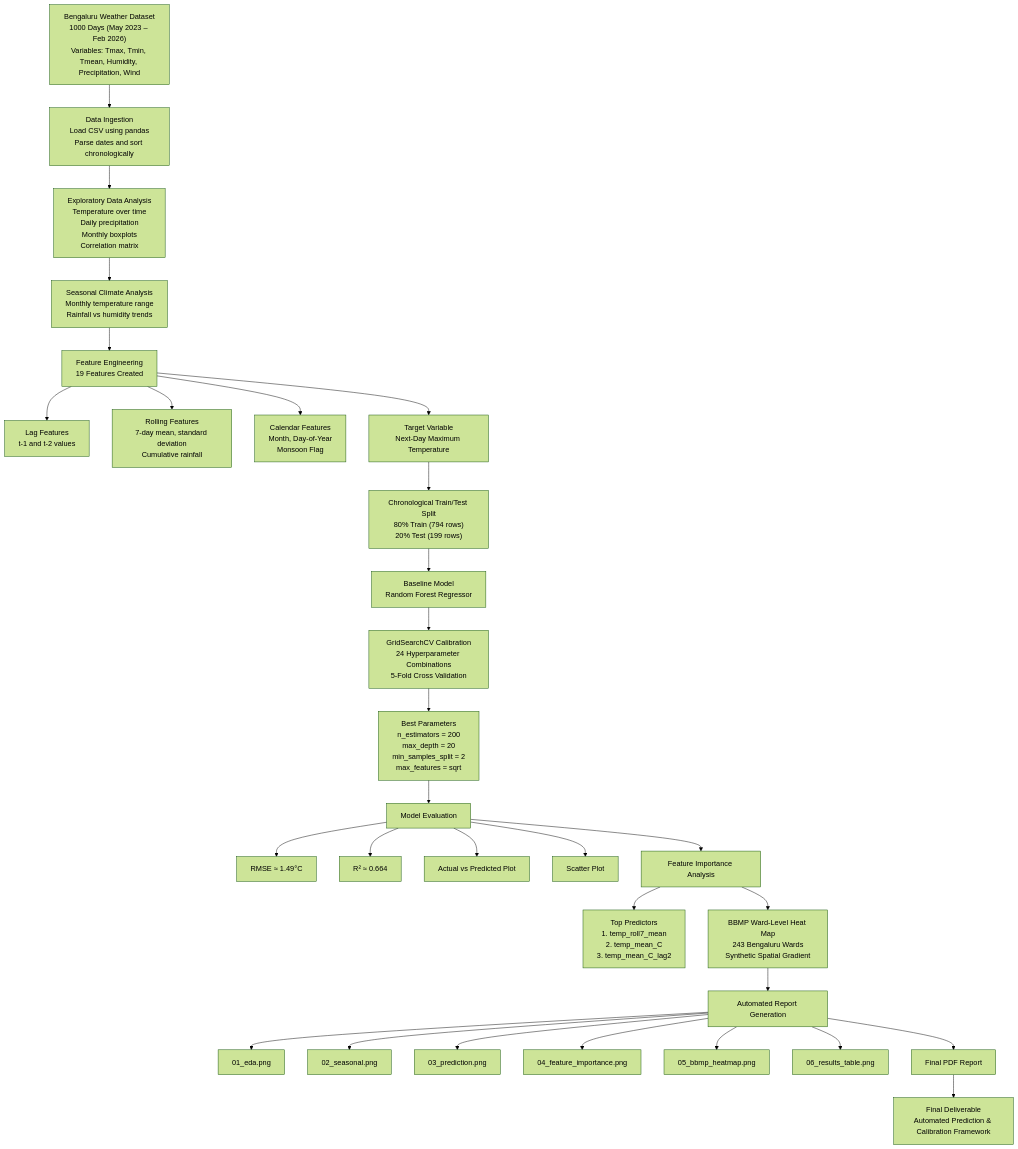
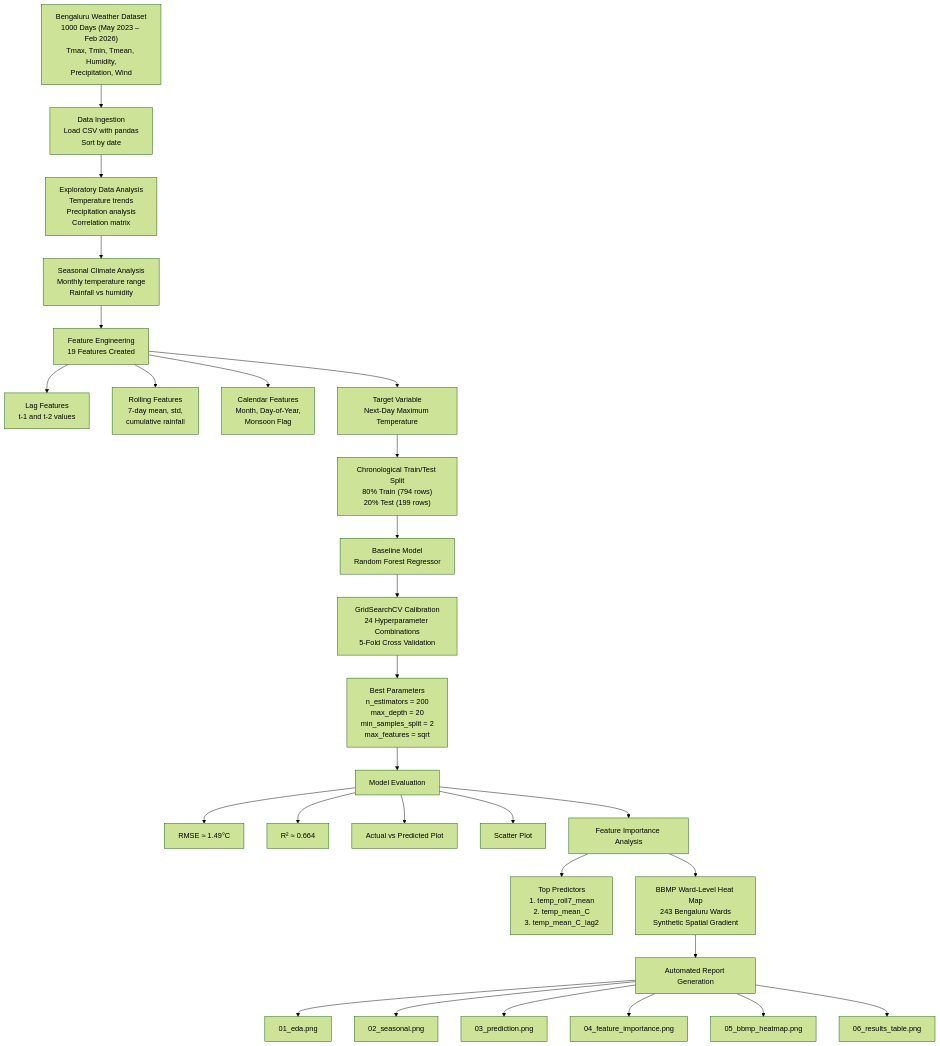
The diagram in README.md (OmkarSarode2005/Prediction-calibration-framework-using-Python-and-environmental-dataset), drawn with Mermaid (forest theme) before and after one commit. The commit also changed other lines of this file, not shown here.

Commit message:
Refactor workflow diagram in README
Updated workflow diagram with improved formatting and clarity.

````diff
--- a/README.md
+++ b/README.md
@@ -7,58 +6,42 @@
 ```mermaid
 flowchart TD
 
-A["Bengaluru Weather Dataset
-1000 Days (May 2023 – Feb 2026)
-Variables: Tmax, Tmin, Tmean, Humidity, Precipitation, Wind"]
+%% =========================
+%% DATA COLLECTION & EDA
+%% =========================
+A["Bengaluru Weather Dataset<br/>1000 Days (May 2023 – Feb 2026)<br/>Tmax, Tmin, Tmean, Humidity,<br/>Precipitation, Wind"]
 
-A --> B["Data Ingestion
-Load CSV using pandas
-Parse dates and sort chronologically"]
+A --> B["Data Ingestion<br/>Load CSV with pandas<br/>Sort by date"]
 
-B --> C["Exploratory Data Analysis
-Temperature over time
-Daily precipitation
-Monthly boxplots
-Correlation matrix"]
+B --> C["Exploratory Data Analysis<br/>Temperature trends<br/>Precipitation analysis<br/>Correlation matrix"]
 
-C --> D["Seasonal Climate Analysis
-Monthly temperature range
-Rainfall vs humidity trends"]
+C --> D["Seasonal Climate Analysis<br/>Monthly temperature range<br/>Rainfall vs humidity"]
 
-D --> E["Feature Engineering
-19 Features Created"]
+%% =========================
+%% FEATURE ENGINEERING
+%% =========================
+D --> E["Feature Engineering<br/>19 Features Created"]
 
-E --> E1["Lag Features
-t-1 and t-2 values"]
+E --> E1["Lag Features<br/>t-1 and t-2 values"]
+E --> E2["Rolling Features<br/>7-day mean, std,<br/>cumulative rainfall"]
+E --> E3["Calendar Features<br/>Month, Day-of-Year,<br/>Monsoon Flag"]
 
-E --> E2["Rolling Features
-7-day mean, standard deviation
-Cumulative rainfall"]
+E --> F["Target Variable<br/>Next-Day Maximum Temperature"]
 
-E --> E3["Calendar Features
-Month, Day-of-Year
-Monsoon Flag"]
+%% =========================
+%% MODEL TRAINING
+%% =========================
+F --> G["Chronological Train/Test Split<br/>80% Train (794 rows)<br/>20% Test (199 rows)"]
 
-E --> F["Target Variable
-Next-Day Maximum Temperature"]
+G --> H["Baseline Model<br/>Random Forest Regressor"]
 
-F --> G["Chronological Train/Test Split
-80% Train (794 rows)
-20% Test (199 rows)"]
+H --> I["GridSearchCV Calibration<br/>24 Hyperparameter Combinations<br/>5-Fold Cross Validation"]
 
-G --> H["Baseline Model
-Random Forest Regressor"]
+I --> I1["Best Parameters<br/>n_estimators = 200<br/>max_depth = 20<br/>min_samples_split = 2<br/>max_features = sqrt"]
 
-H --> I["GridSearchCV Calibration
-24 Hyperparameter Combinations
-5-Fold Cross Validation"]
-
-I --> I1["Best Parameters
-n_estimators = 200
-max_depth = 20
-min_samples_split = 2
-max_features = sqrt"]
-
+%% =========================
+%% MODEL EVALUATION
+%% =========================
 I1 --> J["Model Evaluation"]
 
 J --> J1["RMSE ≈ 1.49°C"]
@@ -66,17 +49,21 @@
 J --> J3["Actual vs Predicted Plot"]
 J --> J4["Scatter Plot"]
 
+%% =========================
+%% INTERPRETABILITY
+%% =========================
 J --> K["Feature Importance Analysis"]
 
-K --> K1["Top Predictors
-1. temp_roll7_mean
-2. temp_mean_C
-3. temp_mean_C_lag2"]
+K --> K1["Top Predictors<br/>1. temp_roll7_mean<br/>2. temp_mean_C<br/>3. temp_mean_C_lag2"]
 
-K --> L["BBMP Ward-Level Heat Map
-243 Bengaluru Wards
-Synthetic Spatial Gradient"]
+%% =========================
+%% SPATIAL VISUALIZATION
+%% =========================
+K --> L["BBMP Ward-Level Heat Map<br/>243 Bengaluru Wards<br/>Synthetic Spatial Gradient"]
 
+%% =========================
+%% OUTPUT GENERATION
+%% =========================
 L --> M["Automated Report Generation"]
 
 M --> M1["01_eda.png"]
@@ -85,8 +72,4 @@
 M --> M4["04_feature_importance.png"]
 M --> M5["05_bbmp_heatmap.png"]
 M --> M6["06_results_table.png"]
-M --> M7["Final PDF Report"]
-
-M7 --> N["Final Deliverable
-Automated Prediction & Calibration Framework"]
 ```
````
